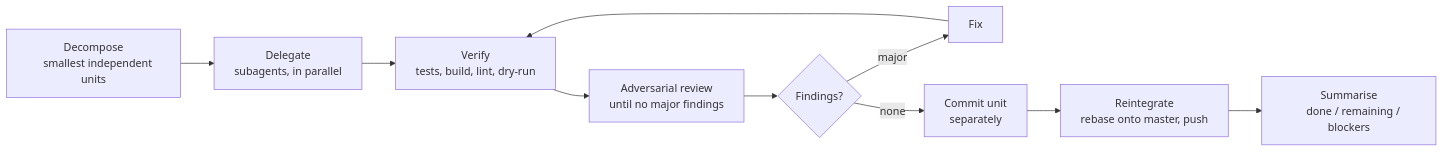
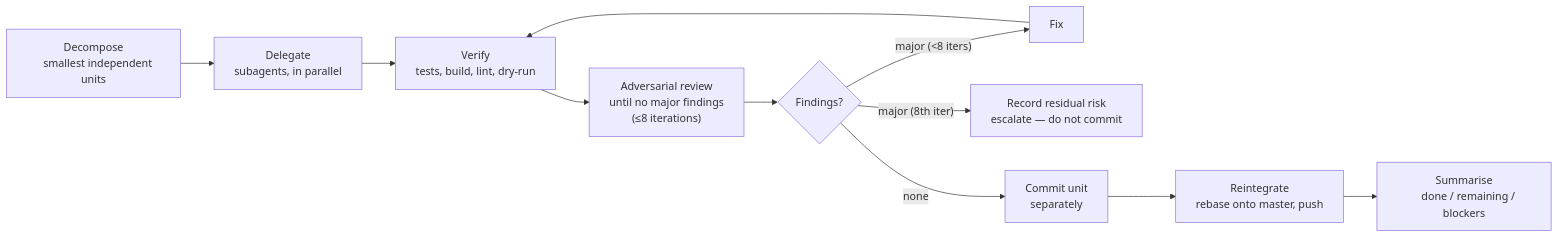
One commit to sean8601/mockserver-monorepo changed the diagram in .opencode/rules/operating-model.md. Above: the diagram before and after it, drawn with Mermaid. The commit also changed other lines of this file and 2 other files, not shown here.

Commit message:
docs(opencode): bound the adversarial-review loop at 8 iterations
Encode the spec's review iteration protocol (§14.5): the review loop
terminates at convergence (PASS) OR a hard cap of 8 iterations. At the cap
without a PASS, do not commit — record the unresolved residual risk
explicitly and escalate, never reintegrate as if converged.

- review-constitution.md: new Iteration Protocol section (authoritative);
  defines one iteration, the disposition rule (user approval above MINOR),
  re-verify-after-change, the cap, and the residual-risk recording target.
- commit-workflow.md Step 4 + operating-model.md TL;DR/Review row + both
  Mermaid flows reference the cap and its do-not-commit/escalate branch.

````diff
--- a/.opencode/rules/operating-model.md
+++ b/.opencode/rules/operating-model.md
@@ -20,18 +21,21 @@
 ```mermaid
 flowchart LR
     A["Decompose
     smallest independent units"] --> B["Delegate
     subagents, in parallel"]
     B --> C["Verify
     tests, build, lint, dry-run"]
     C --> D["Adversarial review
-    until no major findings"]
+    until no major findings
+    (≤8 iterations)"]
     D --> E{Findings?}
-    E -->|major| F["Fix"] --> C
+    E -->|"major (<8 iters)"| F["Fix"] --> C
+    E -->|"major (8th iter)"| X["Record residual risk
+    escalate — do not commit"]
     E -->|none| G["Commit unit
     separately"]
     G --> H["Reintegrate
     rebase onto master, push"]
     H --> I["Summarise
     done / remaining / blockers"]
 ```
````
